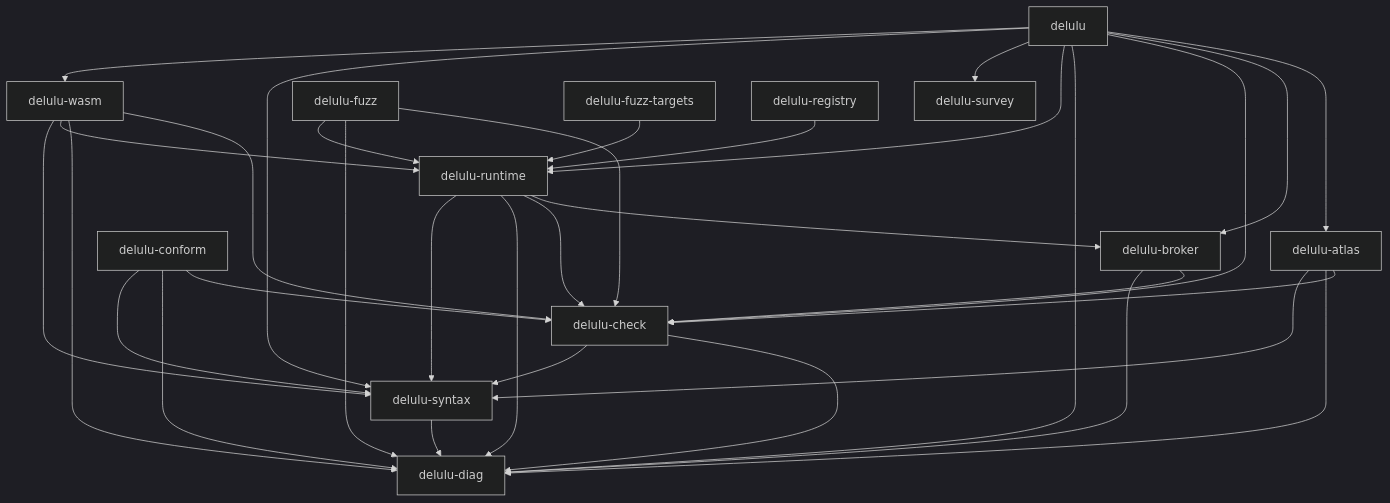
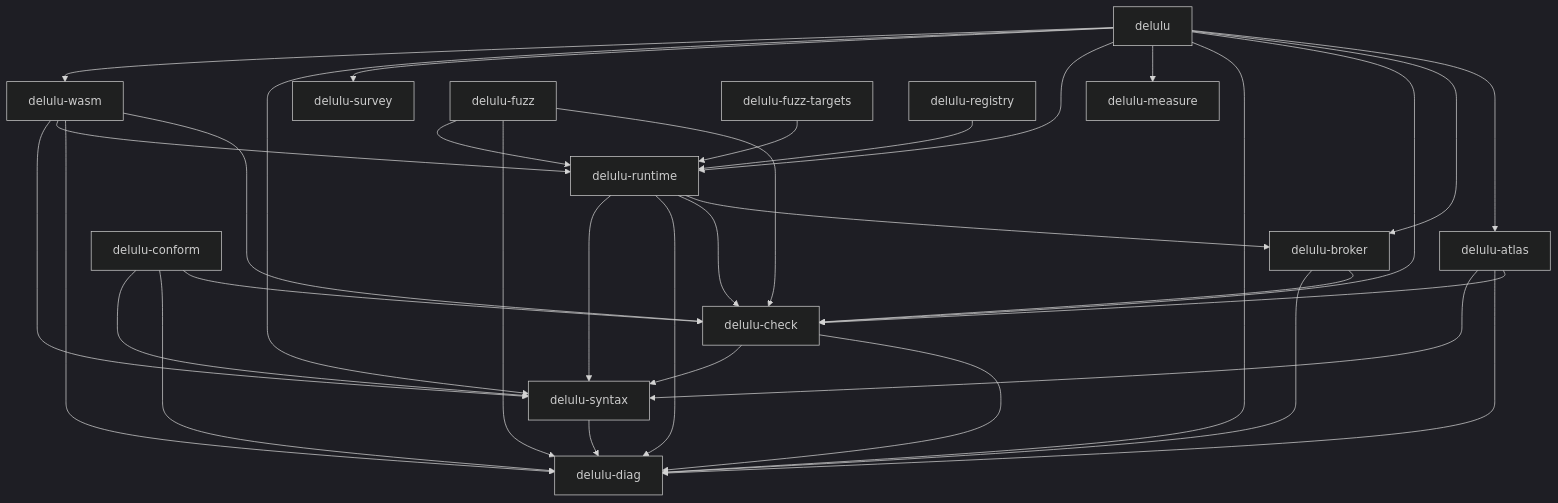
Before and after one commit to jessesuniljs1-collab/delululang-test: the diagram in docs/survey/SURVEY.md, drawn with Mermaid (dark theme). The commit also changed other lines of this file and 143 other files, not shown here.

````diff
--- a/docs/survey/SURVEY.md
+++ b/docs/survey/SURVEY.md
@@ -46,35 +46,36 @@
 ```mermaid
 graph TD
   delulu["delulu"] --> delulu_atlas["delulu-atlas"]
   delulu["delulu"] --> delulu_broker["delulu-broker"]
   delulu["delulu"] --> delulu_check["delulu-check"]
   delulu["delulu"] --> delulu_diag["delulu-diag"]
+  delulu["delulu"] --> delulu_measure["delulu-measure"]
   delulu["delulu"] --> delulu_runtime["delulu-runtime"]
   delulu["delulu"] --> delulu_survey["delulu-survey"]
   delulu["delulu"] --> delulu_syntax["delulu-syntax"]
   delulu["delulu"] --> delulu_wasm["delulu-wasm"]
   delulu_atlas["delulu-atlas"] --> delulu_check["delulu-check"]
   delulu_atlas["delulu-atlas"] --> delulu_diag["delulu-diag"]
   delulu_atlas["delulu-atlas"] --> delulu_syntax["delulu-syntax"]
   delulu_broker["delulu-broker"] --> delulu_check["delulu-check"]
   delulu_broker["delulu-broker"] --> delulu_diag["delulu-diag"]
   delulu_check["delulu-check"] --> delulu_diag["delulu-diag"]
   delulu_check["delulu-check"] --> delulu_syntax["delulu-syntax"]
   delulu_conform["delulu-conform"] --> delulu_check["delulu-check"]
   delulu_conform["delulu-conform"] --> delulu_diag["delulu-diag"]
   delulu_conform["delulu-conform"] --> delulu_syntax["delulu-syntax"]
   delulu_fuzz["delulu-fuzz"] --> delulu_check["delulu-check"]
   delulu_fuzz["delulu-fuzz"] --> delulu_diag["delulu-diag"]
   delulu_fuzz["delulu-fuzz"] --> delulu_runtime["delulu-runtime"]
   delulu_fuzz_targets["delulu-fuzz-targets"] --> delulu_runtime["delulu-runtime"]
   delulu_registry["delulu-registry"] --> delulu_runtime["delulu-runtime"]
   delulu_runtime["delulu-runtime"] --> delulu_broker["delulu-broker"]
   delulu_runtime["delulu-runtime"] --> delulu_check["delulu-check"]
   delulu_runtime["delulu-runtime"] --> delulu_diag["delulu-diag"]
   delulu_runtime["delulu-runtime"] --> delulu_syntax["delulu-syntax"]
   delulu_syntax["delulu-syntax"] --> delulu_diag["delulu-diag"]
   delulu_wasm["delulu-wasm"] --> delulu_check["delulu-check"]
   delulu_wasm["delulu-wasm"] --> delulu_diag["delulu-diag"]
   delulu_wasm["delulu-wasm"] --> delulu_runtime["delulu-runtime"]
   delulu_wasm["delulu-wasm"] --> delulu_syntax["delulu-syntax"]
 ```
````
